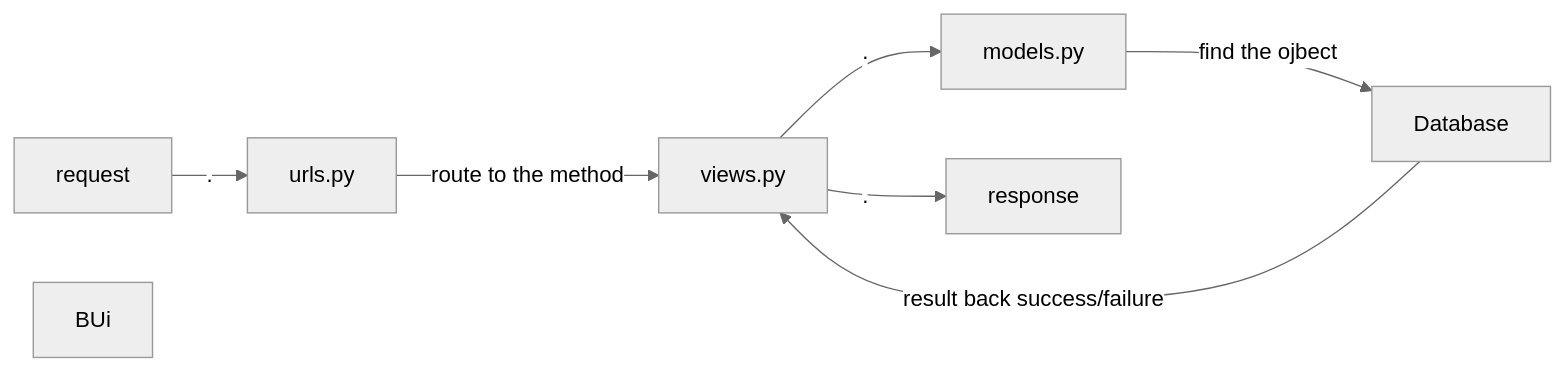
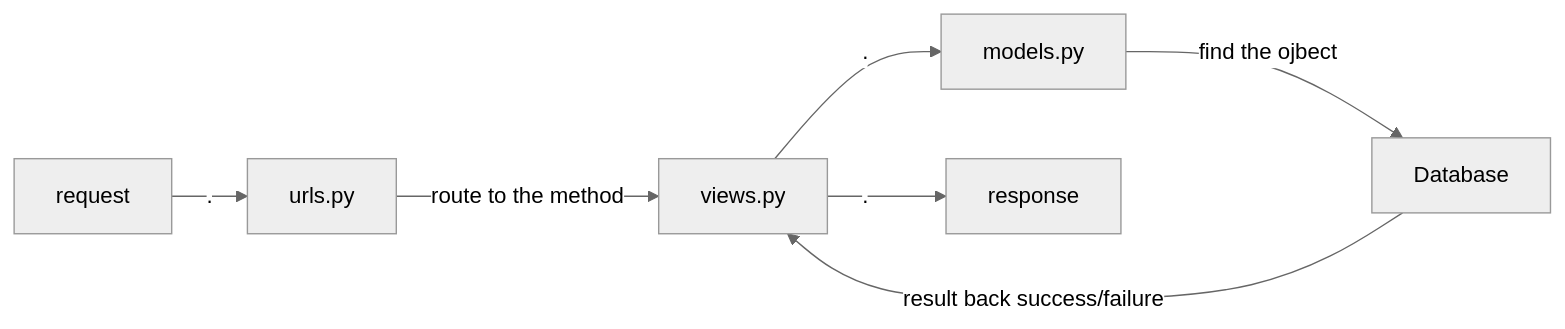
Before and after one commit to LooDaHu/ARORA_General_-Introduction: the fourth of 6 diagrams in Welcome file.md, drawn with Mermaid (neutral theme). The commit also changed other lines of this file, not shown here.

````diff
--- a/Welcome file.md
+++ b/Welcome file.md
@@ -186,11 +186,9 @@
 ```mermaid
 graph LR
 request -- . --> urls.py
 urls.py -- route to the method --> views.py
 views.py -- . --> models.py
 models.py -- find the ojbect --> Database
 Database -- result back success/failure --> views.py
 views.py --. --> response
-
-BUi
 ```
````
